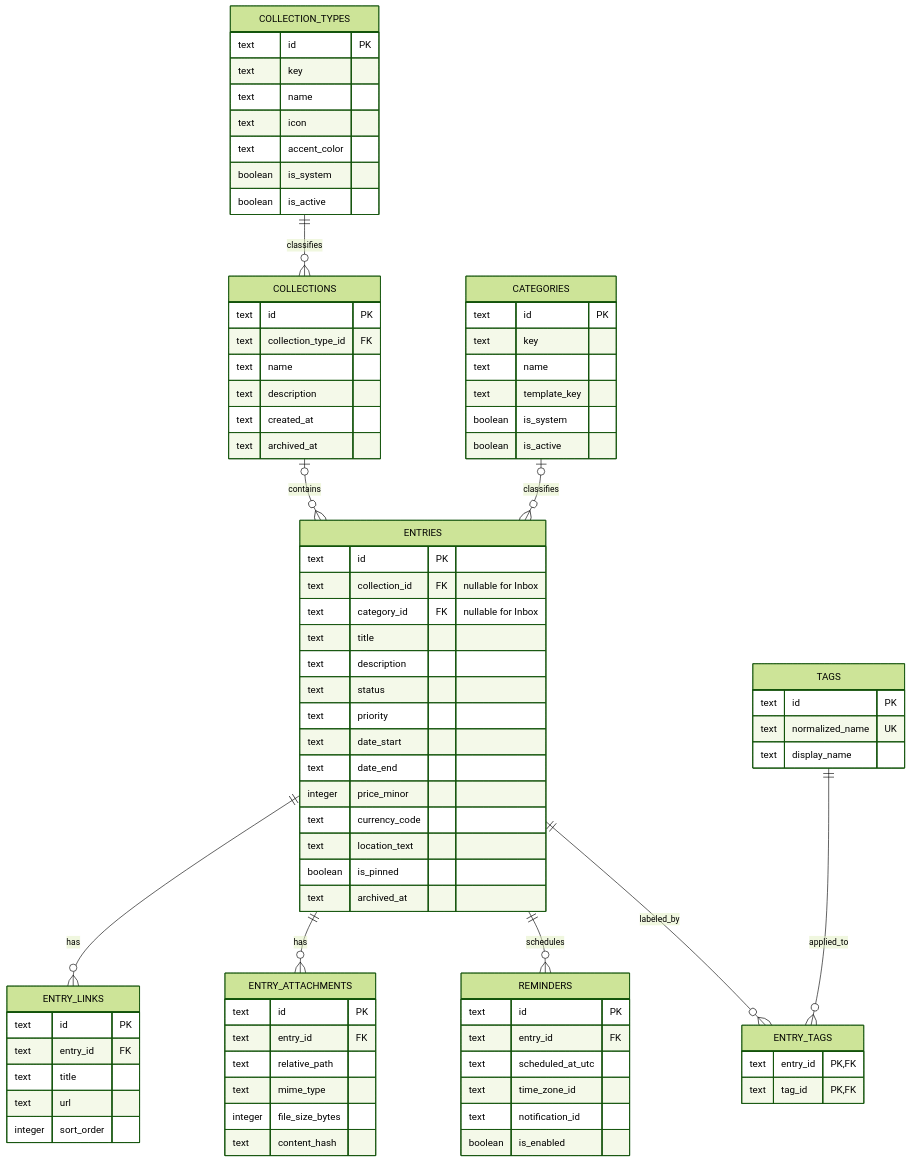
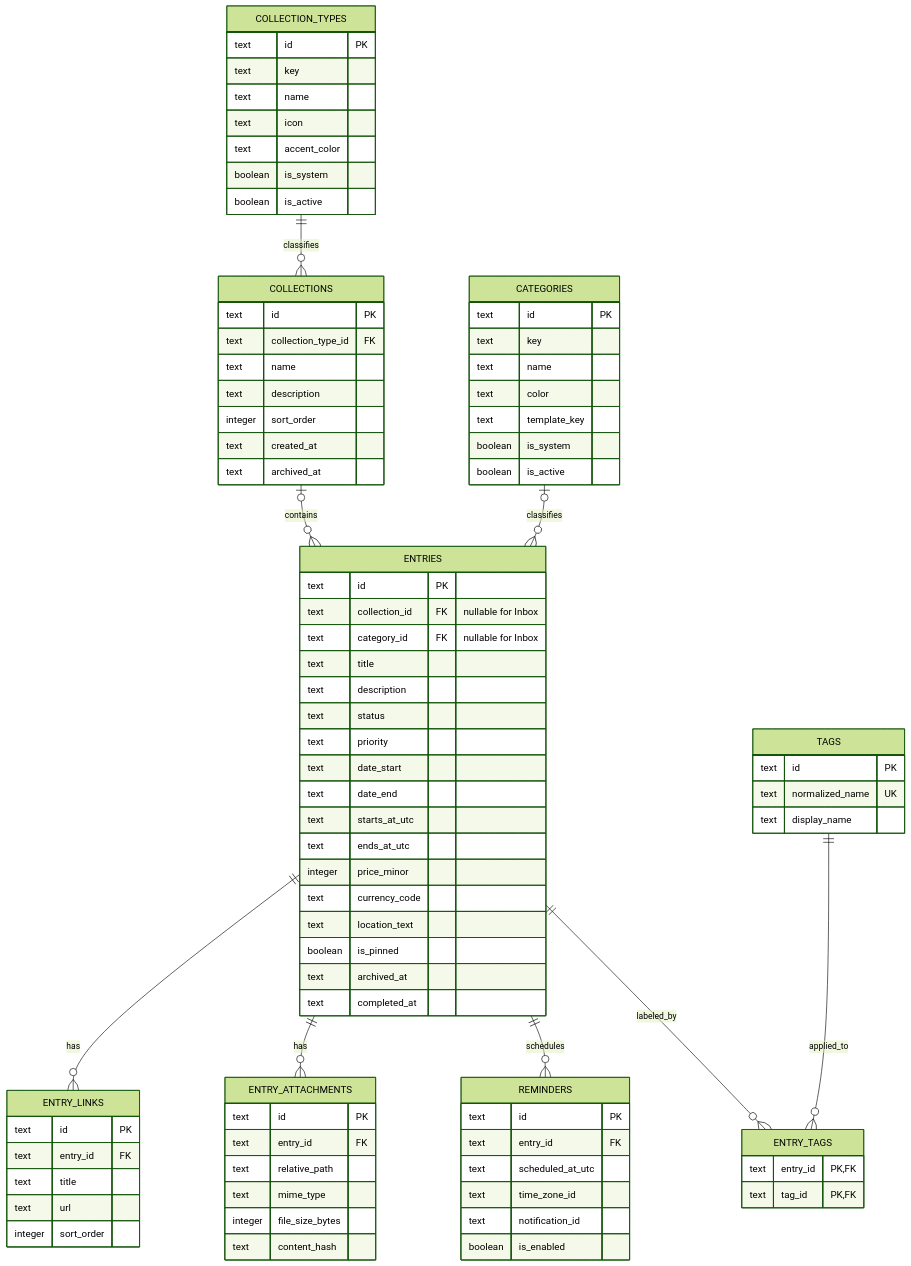
One commit to aubreyzip/memento changed the diagram in docs/diagrams/data-model.mmd. Above: the diagram before and after it, drawn with Mermaid (forest theme). The commit also changed 32 other files, not shown here.

```diff
--- a/docs/diagrams/data-model.mmd
+++ b/docs/diagrams/data-model.mmd
@@ -1,83 +1,88 @@
 erDiagram
     COLLECTION_TYPES ||--o{ COLLECTIONS : classifies
     COLLECTIONS o|--o{ ENTRIES : contains
     CATEGORIES o|--o{ ENTRIES : classifies
     ENTRIES ||--o{ ENTRY_LINKS : has
     ENTRIES ||--o{ ENTRY_ATTACHMENTS : has
     ENTRIES ||--o{ REMINDERS : schedules
     ENTRIES ||--o{ ENTRY_TAGS : labeled_by
     TAGS ||--o{ ENTRY_TAGS : applied_to
 
     COLLECTION_TYPES {
       text id PK
       text key
       text name
       text icon
       text accent_color
       boolean is_system
       boolean is_active
     }
     COLLECTIONS {
       text id PK
       text collection_type_id FK
       text name
       text description
+      integer sort_order
       text created_at
       text archived_at
     }
     CATEGORIES {
       text id PK
       text key
       text name
+      text color
       text template_key
       boolean is_system
       boolean is_active
     }
     ENTRIES {
       text id PK
       text collection_id FK "nullable for Inbox"
       text category_id FK "nullable for Inbox"
       text title
       text description
       text status
       text priority
       text date_start
       text date_end
+      text starts_at_utc
+      text ends_at_utc
       integer price_minor
       text currency_code
       text location_text
       boolean is_pinned
       text archived_at
+      text completed_at
     }
     ENTRY_LINKS {
       text id PK
       text entry_id FK
       text title
       text url
       integer sort_order
     }
     ENTRY_ATTACHMENTS {
       text id PK
       text entry_id FK
       text relative_path
       text mime_type
       integer file_size_bytes
       text content_hash
     }
     TAGS {
       text id PK
       text normalized_name UK
       text display_name
     }
     ENTRY_TAGS {
       text entry_id PK, FK
       text tag_id PK, FK
     }
     REMINDERS {
       text id PK
       text entry_id FK
       text scheduled_at_utc
       text time_zone_id
       text notification_id
       boolean is_enabled
     }
```
